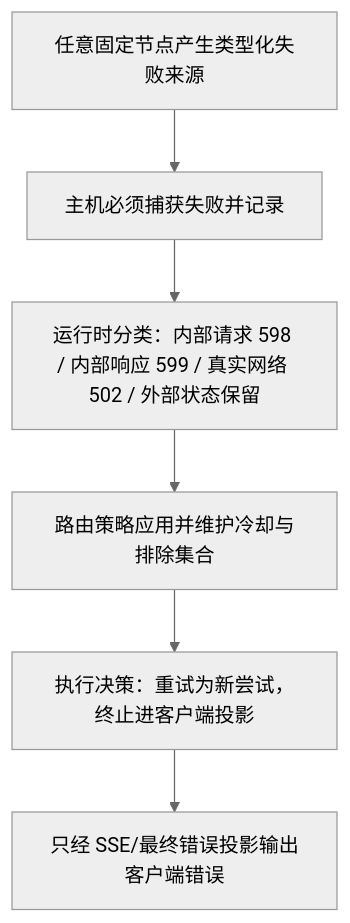
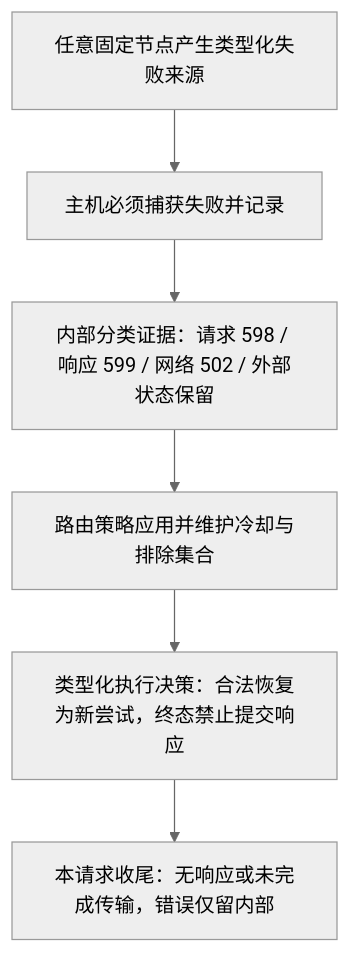
The third of 4 diagrams in docs/design/v3-unified-operation-runner-design.md (Jasonzhangf/routecodex), drawn with Mermaid (neutral theme) before and after one commit. The commit also changed other lines of this file and 39 other files, not shown here.

````diff
--- a/docs/design/v3-unified-operation-runner-design.md
+++ b/docs/design/v3-unified-operation-runner-design.md
@@ -404,8 +409,8 @@
 ```mermaid
 graph TD
   A[任意固定节点产生类型化失败来源] --> B[主机必须捕获失败并记录]
-  B --> C[运行时分类：内部请求 598 / 内部响应 599 / 真实网络 502 / 外部状态保留]
+  B --> C[内部分类证据：请求 598 / 响应 599 / 网络 502 / 外部状态保留]
   C --> D[路由策略应用并维护冷却与排除集合]
-  D --> E[执行决策：重试为新尝试，终止进客户端投影]
-  E --> F[只经 SSE/最终错误投影输出客户端错误]
+  D --> E[类型化执行决策：合法恢复为新尝试，终态禁止提交响应]
+  E --> F[本请求收尾：无响应或未完成传输，错误仅留内部]
 ```
````
